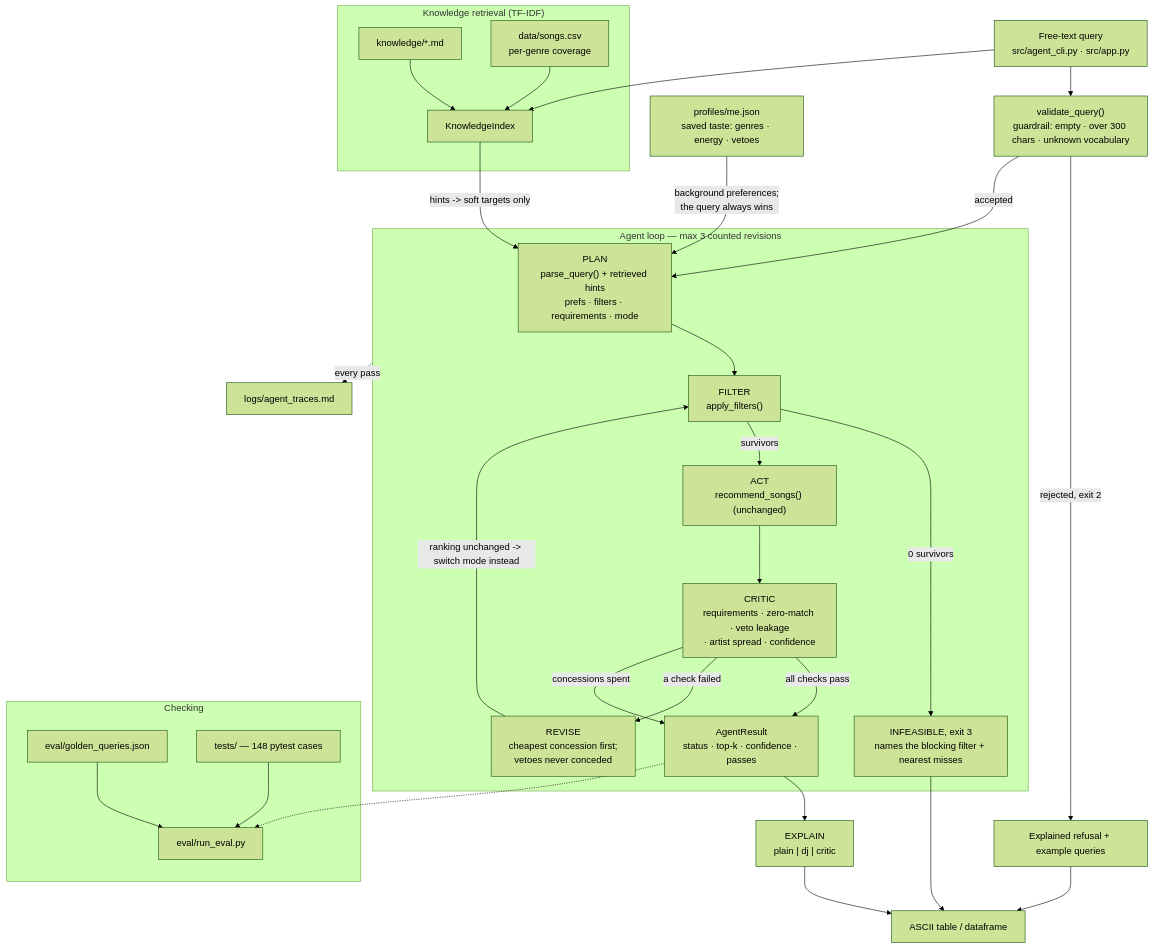
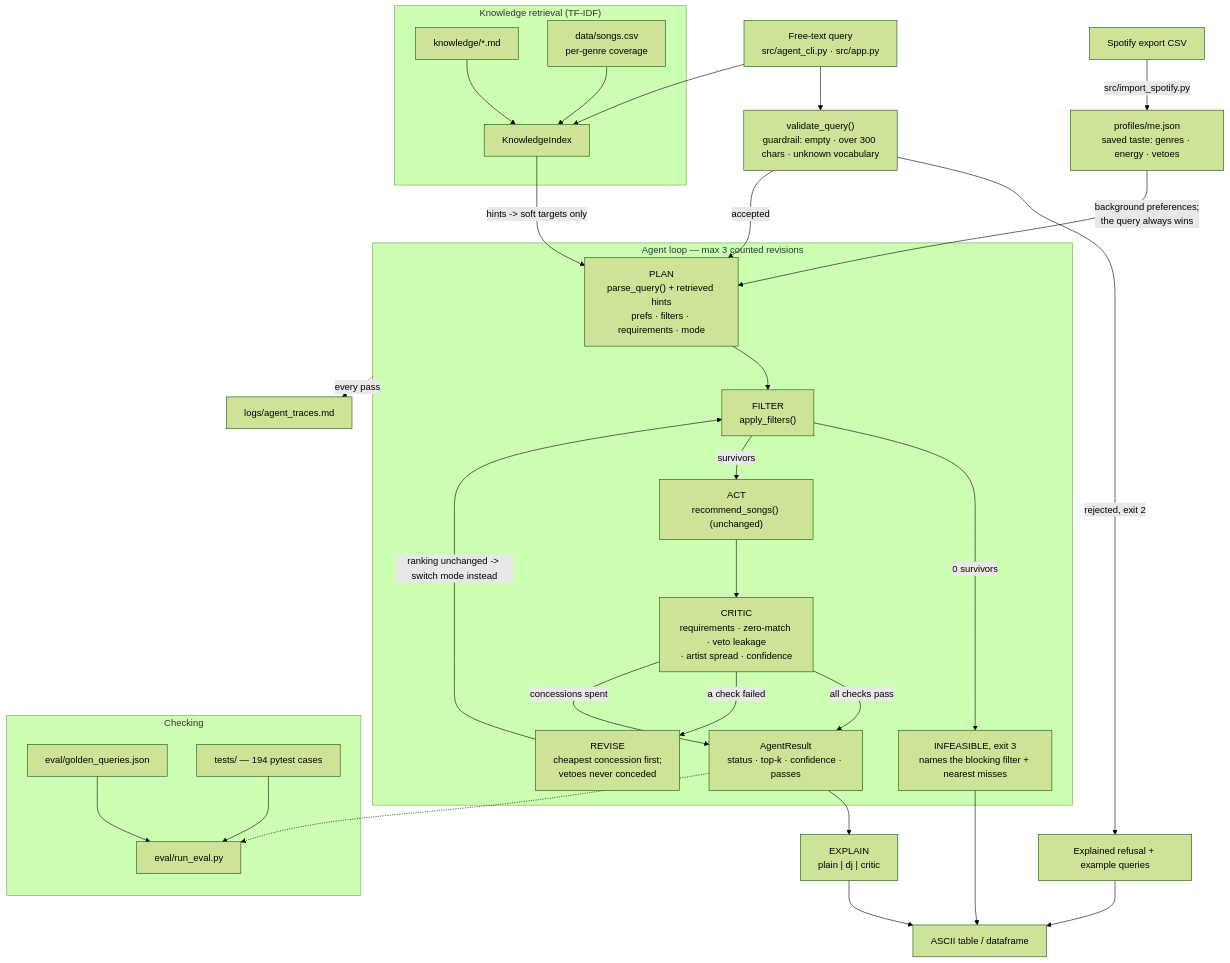
The diagram in README.md (SakxamShrestha/applied-ai-system-final), drawn with Mermaid (forest theme) before and after one commit. The commit also changed other lines of this file and 8 other files, not shown here.

First line of the commit message:
feat: import a taste profile from a Spotify playlist export

````diff
--- a/README.md
+++ b/README.md
@@ -62,38 +63,39 @@
 ```mermaid
 flowchart TD
     Q["Free-text query<br/>src/agent_cli.py · src/app.py"] --> V["validate_query()<br/>guardrail: empty · over 300 chars · unknown vocabulary"]
     V -->|rejected, exit 2| ERR["Explained refusal + example queries"]
     V -->|accepted| P
 
     subgraph AGENT["Agent loop — max 3 counted revisions"]
         P["PLAN<br/>parse_query() + retrieved hints<br/>prefs · filters · requirements · mode"]
         P --> F["FILTER<br/>apply_filters()"]
         F -->|"0 survivors"| INF["INFEASIBLE, exit 3<br/>names the blocking filter + nearest misses"]
         F -->|"survivors"| A["ACT<br/>recommend_songs() (unchanged)"]
         A --> C["CRITIC<br/>requirements · zero-match · veto leakage<br/>· artist spread · confidence"]
         C -->|"all checks pass"| OUT
         C -->|"a check failed"| R["REVISE<br/>cheapest concession first;<br/>vetoes never conceded"]
         R -->|"ranking unchanged -> switch mode instead"| F
         C -->|"concessions spent"| OUT
     end
 
     subgraph RAG["Knowledge retrieval (TF-IDF)"]
         K1["knowledge/*.md"] --> IDX["KnowledgeIndex"]
         K4["data/songs.csv<br/>per-genre coverage"] --> IDX
     end
     Q --> IDX
     IDX -->|"hints -> soft targets only"| P
+    SPOT["Spotify export CSV"] -->|"src/import_spotify.py"| PROF
     PROF["profiles/me.json<br/>saved taste: genres · energy · vetoes"] -->|"background preferences;<br/>the query always wins"| P
 
     OUT["AgentResult<br/>status · top-k · confidence · passes"] --> VOICE["EXPLAIN<br/>plain | dj | critic"]
     VOICE --> UI["ASCII table / dataframe"]
     INF --> UI
     ERR --> UI
     AGENT -.->|"every pass"| TR["logs/agent_traces.md"]
 
     subgraph EVAL["Checking"]
         GS["eval/golden_queries.json"] --> H["eval/run_eval.py"]
-        TESTS["tests/ — 148 pytest cases"] --> H
+        TESTS["tests/ — 194 pytest cases"] --> H
     end
     OUT -.-> H
 ```
````
